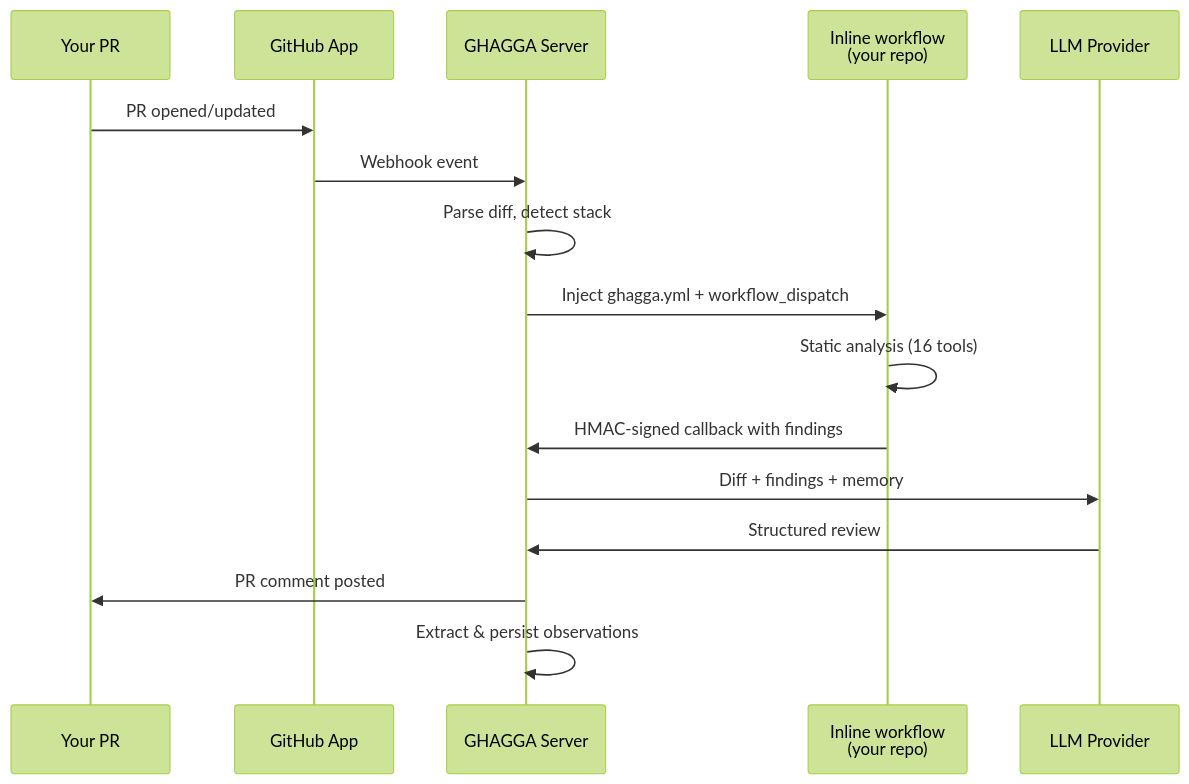
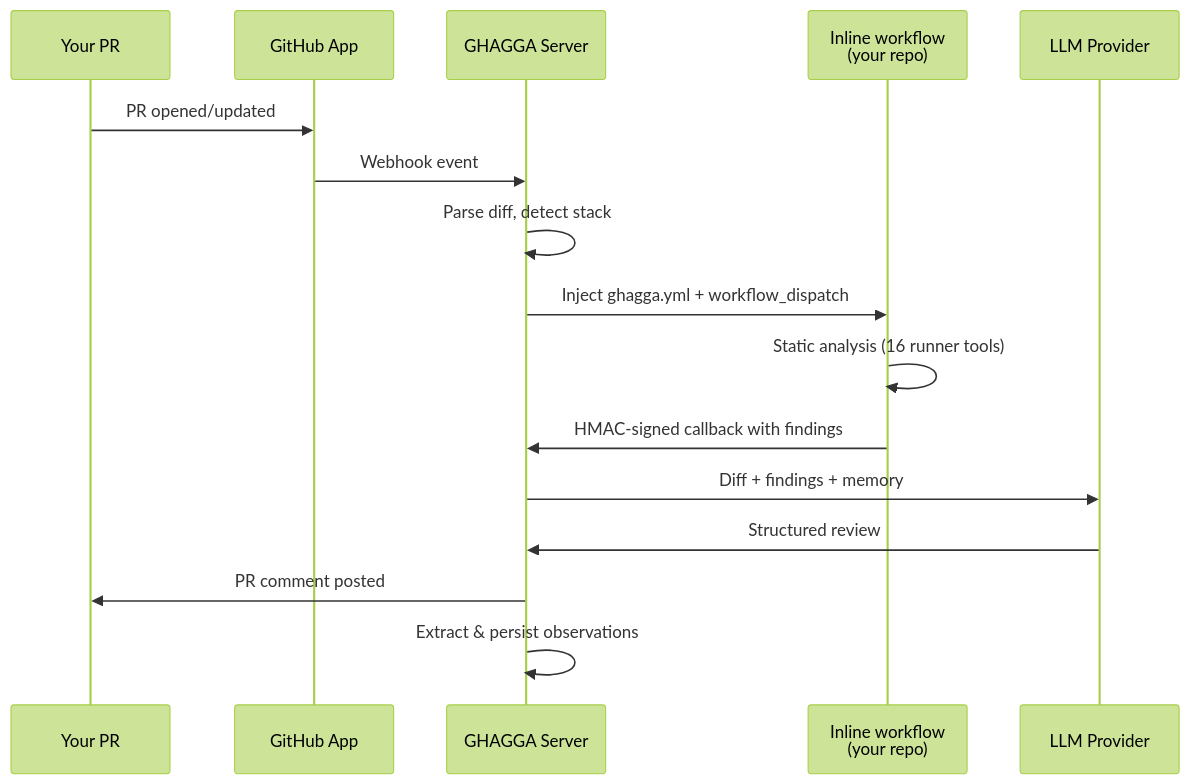
One commit to JNZader/ghagga changed the diagram in docs/saas-getting-started.md. Above: the diagram before and after it, drawn with Mermaid (forest theme). The commit also changed other lines of this file and 31 other files, not shown here.

````diff
--- a/docs/saas-getting-started.md
+++ b/docs/saas-getting-started.md
@@ -142,19 +137,19 @@
 ```mermaid
 sequenceDiagram
     participant You as Your PR
     participant App as GitHub App
     participant Server as GHAGGA Server
     participant Inline as Inline workflow<br/>(your repo)
     participant LLM as LLM Provider
 
     You->>App: PR opened/updated
     App->>Server: Webhook event
     Server->>Server: Parse diff, detect stack
     Server->>Inline: Inject ghagga.yml + workflow_dispatch
-    Inline->>Inline: Static analysis (16 tools)
+    Inline->>Inline: Static analysis (16 runner tools)
     Inline->>Server: HMAC-signed callback with findings
     Server->>LLM: Diff + findings + memory
     LLM->>Server: Structured review
     Server->>You: PR comment posted
     Server->>Server: Extract & persist observations
 ```
````
